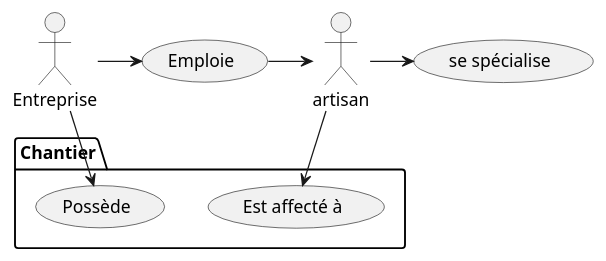
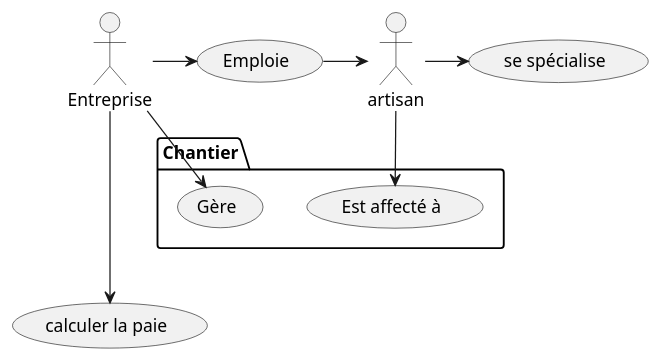
One commit to IUT-Blagnac/r2-01-conception-td5-Stemon8 changed the diagram in uc.plantuml. Above: the diagram before and after it, drawn with PlantUML.

Commit message:
Final usecase

```diff
--- a/uc.plantuml
+++ b/uc.plantuml
@@ -1,18 +1,21 @@
 @startuml
 usecase d as "Emploie"
 (se spécialise) as sp
+(calculer la paie) as cp
+
 actor Entreprise 
 :artisan: as a
 
 Package Chantier {
-    (Possède) as P
+    (Gère) as G
     (Est affecté à) as T
 }
 'Pour aligner les 2 acteurs :
 
 Entreprise -> d
-Entreprise --> P
+Entreprise --> G
+Entreprise ---> cp
 a -> T
 a -> sp
 d -> a
 @enduml
```
